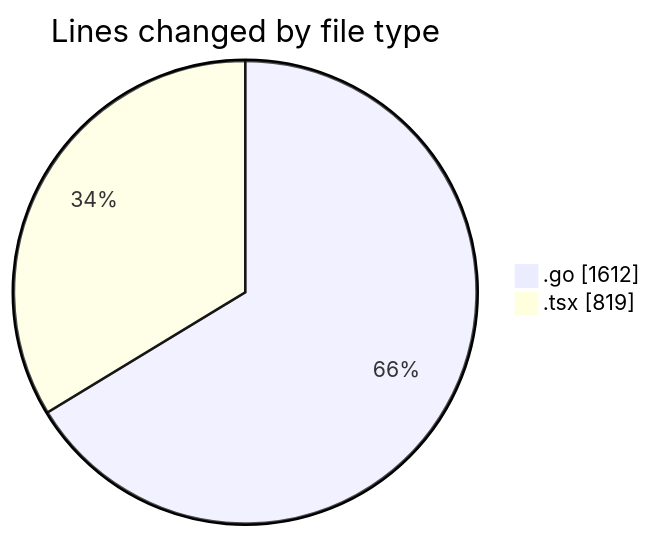
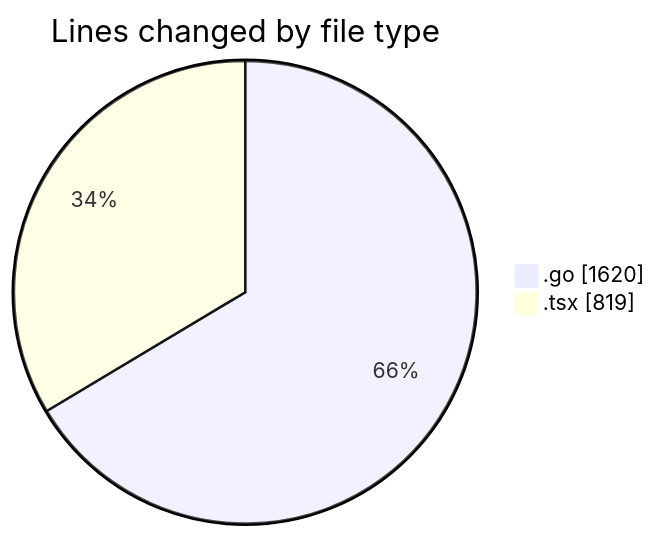
Before and after one commit to robertbonfada/code-tracking: the first of 2 diagrams in 2025-03-10/termonied_testador/README.md, drawn with Mermaid. The commit also changed other lines of this file and 1 other file, not shown here.

````diff
--- a/2025-03-10/termonied_testador/README.md
+++ b/2025-03-10/termonied_testador/README.md
@@ -28,6 +28,6 @@
 ```mermaid
 pie showData
 title Lines changed by file type
-".go" : 1612
+".go" : 1620
 ".tsx" : 819
 ```
````
